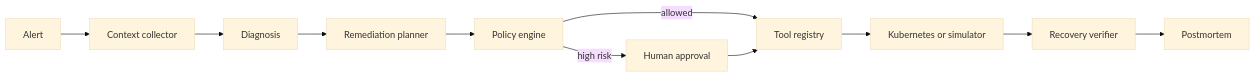
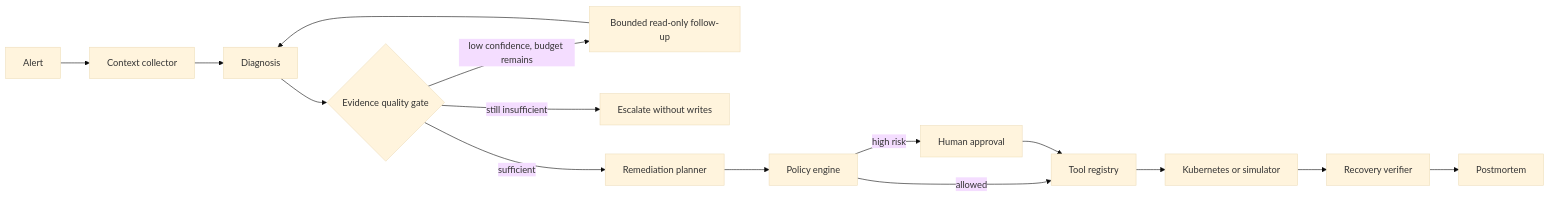
The first of 2 diagrams in README.md (q741242673/sentinelops), drawn with Mermaid (base theme) before and after one commit. The commit also changed other lines of this file and 17 other files, not shown here.

````diff
--- a/README.md
+++ b/README.md
@@ -28,13 +28,17 @@
 ```mermaid
 flowchart LR
     A[Alert] --> B[Context collector]
     B --> C[Diagnosis]
-    C --> D[Remediation planner]
+    C --> Q{Evidence quality gate}
+    Q -->|low confidence, budget remains| R[Bounded read-only follow-up]
+    R --> C
+    Q -->|still insufficient| X[Escalate without writes]
+    Q -->|sufficient| D[Remediation planner]
     D --> E[Policy engine]
     E -->|high risk| F[Human approval]
     E -->|allowed| G[Tool registry]
     F --> G
     G --> H[Kubernetes or simulator]
     H --> I[Recovery verifier]
     I --> J[Postmortem]
 ```
````
